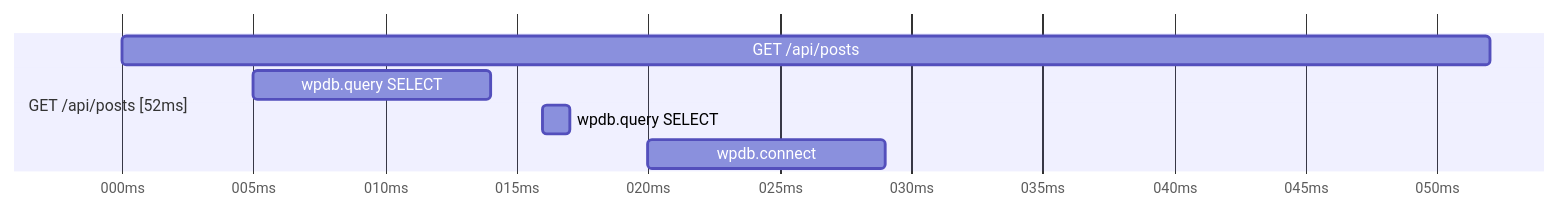
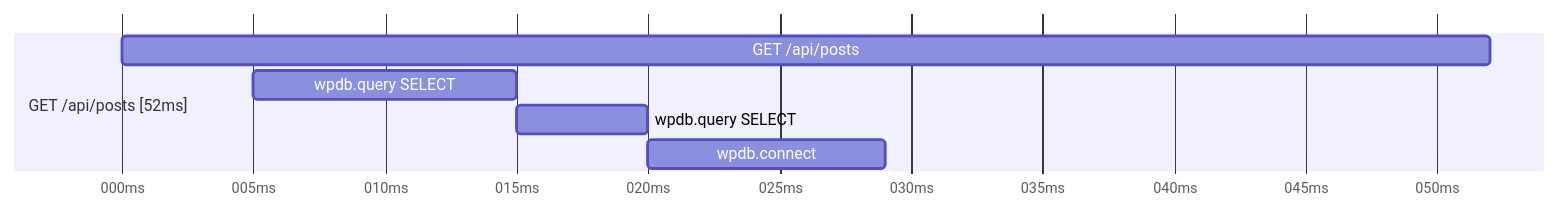
Before and after one commit to lucasdc6/tesis-demo-apps: the diagram in slides/docs/02-conceptos.md, drawn with Mermaid. The commit also changed other lines of this file and 7 other files, not shown here.

```diff
--- a/slides/docs/02-conceptos.md
+++ b/slides/docs/02-conceptos.md
@@ -70,10 +64,10 @@
 <div class="mermaid">
 gantt
     dateFormat x
     axisFormat %Lms
     section GET /api/posts [52ms]
     GET /api/posts        :0, 52
-    wpdb.query SELECT     :5, 14
-    wpdb.query SELECT     :16, 17
+    wpdb.query SELECT     :5, 15
+    wpdb.query SELECT     :15, 20
     wpdb.connect          :20, 29
 </div>
```
